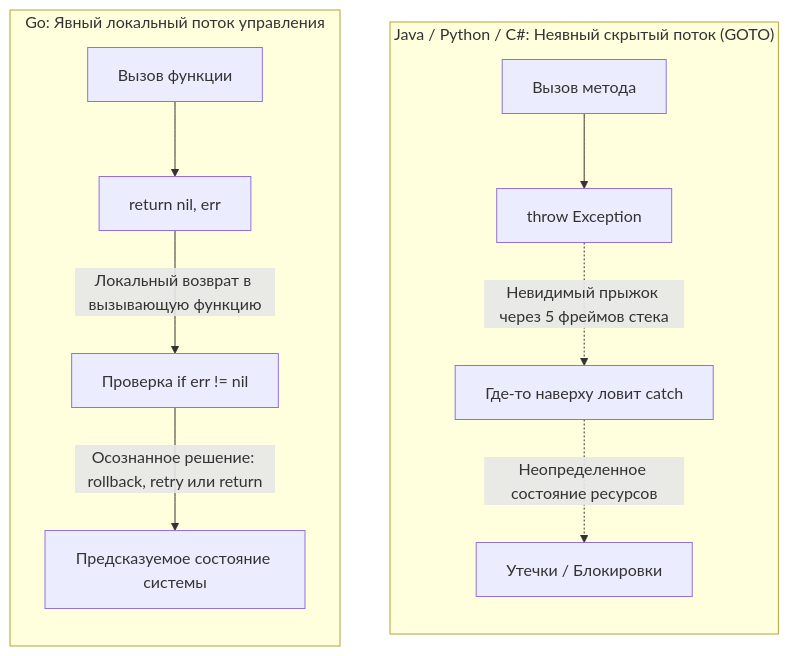
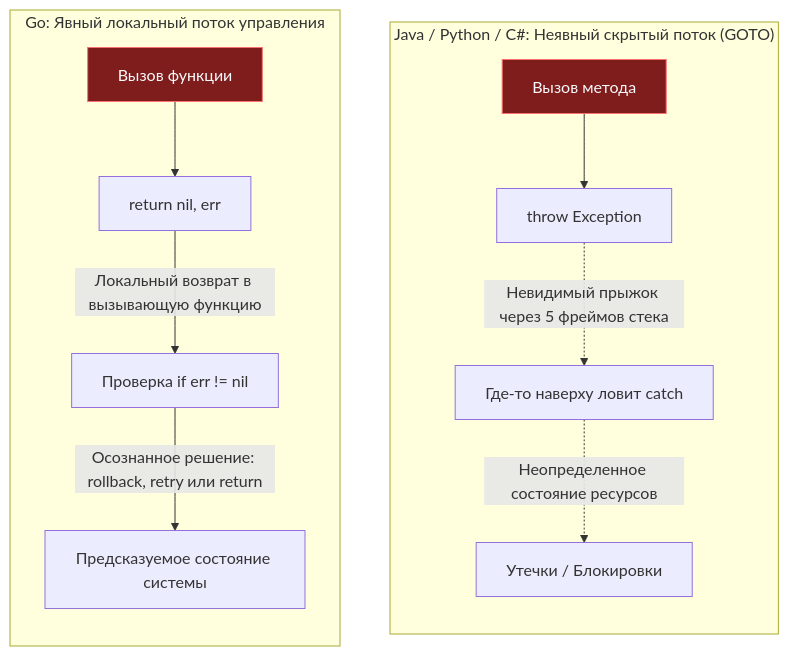
Before and after one commit to UnrealTemplier/go-textbook: the diagram in sources/4. История и философия Go/9. Errors Are Values. Почему в Go нет исключений.md, drawn with Mermaid. The commit also changed 1666 other files, not shown here.

First line of the commit message:
feat(mermaid): add semantic color classDef to 1369 colorless flowchart/graph diagrams

````diff
--- a/sources/4. История и философия Go/9. Errors Are Values. Почему в Go нет исключений.md
+++ b/sources/4. История и философия Go/9. Errors Are Values. Почему в Go нет исключений.md
@@ -83,16 +83,26 @@
 ```mermaid
 flowchart TD
+    classDef process  fill:#1e293b,stroke:#38bdf8,stroke-width:1px,color:#f8fafc
+    classDef success  fill:#064e3b,stroke:#34d399,stroke-width:1px,color:#f8fafc
+    classDef error    fill:#7f1d1d,stroke:#f87171,stroke-width:1px,color:#f8fafc
+    classDef warning  fill:#78350f,stroke:#fbbf24,stroke-width:1px,color:#f8fafc
+    classDef entry    fill:#1e3a5f,stroke:#38bdf8,stroke-width:2px,color:#f8fafc
+    classDef aux      fill:#334155,stroke:#64748b,stroke-width:1px,color:#f8fafc
+    classDef system   fill:#312e81,stroke:#a78bfa,stroke-width:1px,color:#f8fafc
+    classDef data     fill:#132d29,stroke:#2dd4bf,stroke-width:1px,color:#f8fafc
+    classDef network  fill:#881337,stroke:#fb7185,stroke-width:1px,color:#f8fafc
+    classDef accent   fill:#1e1b4b,stroke:#818cf8,stroke-width:1px,color:#f8fafc
     subgraph ExceptionModel["Java / Python / C#: Неявный скрытый поток (GOTO)"]
         direction TB
-        A1["Вызов метода"] --> B1["throw Exception"]
+        A1["Вызов метода"]:::error --> B1["throw Exception"]
         B1 -.->|"Невидимый прыжок через 5 фреймов стека"| C1["Где-то наверху ловит catch"]
         C1 -.->|"Неопределенное состояние ресурсов"| D1["Утечки / Блокировки"]
     end
 
     subgraph GoModel["Go: Явный локальный поток управления"]
         direction TB
-        A2["Вызов функции"] --> B2["return nil, err"]
+        A2["Вызов функции"]:::error --> B2["return nil, err"]
         B2 -->|"Локальный возврат в вызывающую функцию"| C2["Проверка if err != nil"]
         C2 -->|"Осознанное решение: rollback, retry или return"| D2["Предсказуемое состояние системы"]
     end
 ```
````
